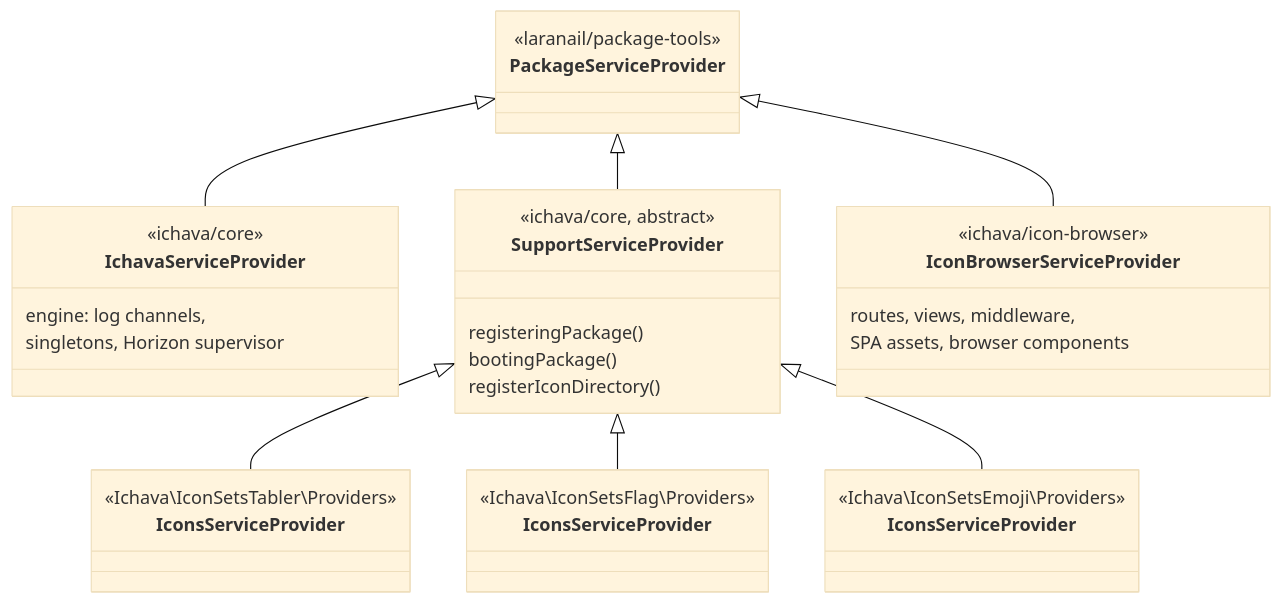
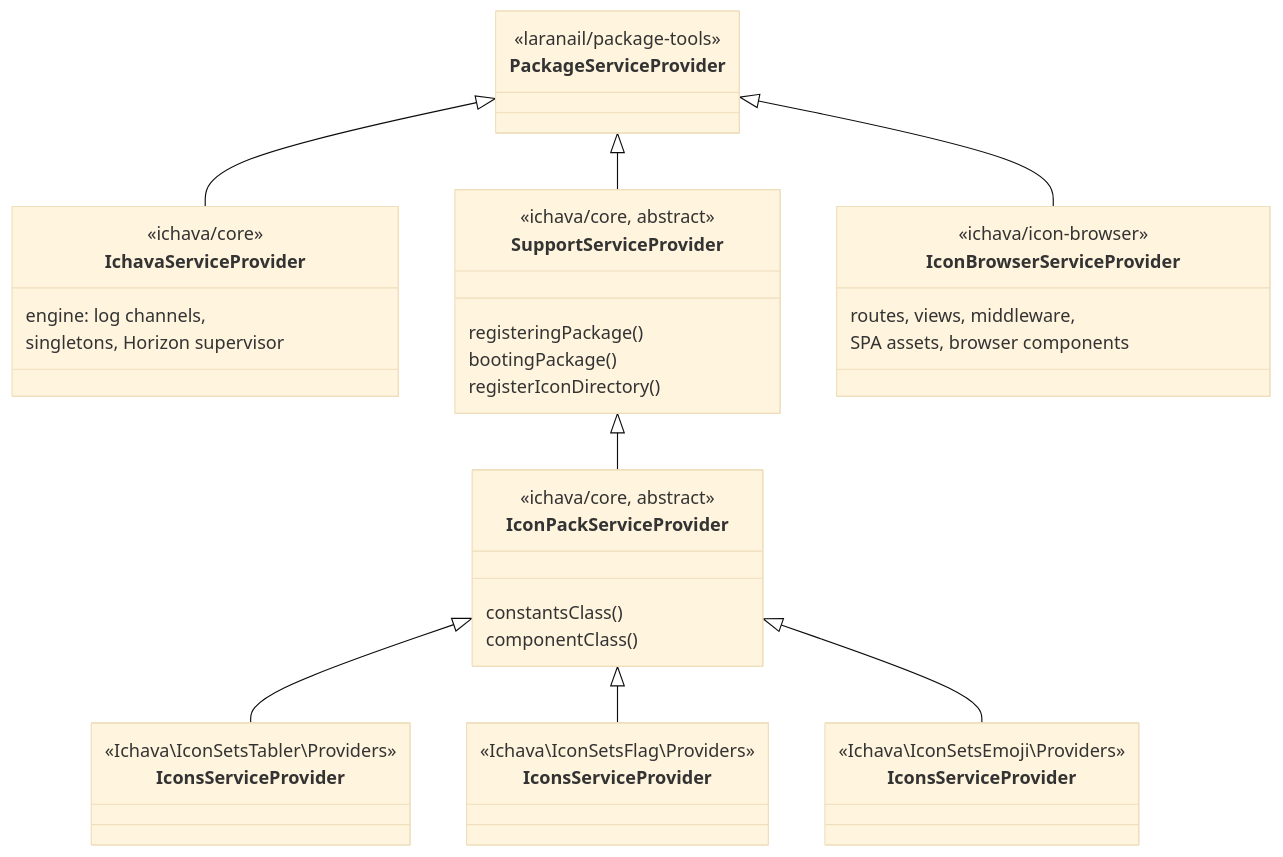
The second of 3 diagrams in docs/architecture.md (ichava/core), drawn with Mermaid (base theme) before and after one commit. The commit also changed other lines of this file and 3 other files, not shown here.

````diff
--- a/docs/architecture.md
+++ b/docs/architecture.md
@@ -76,37 +77,43 @@
 ```mermaid
 classDiagram
     class PackageServiceProvider {
         <<laranail/package-tools>>
     }
     class IchavaServiceProvider {
         <<ichava/core>>
         engine: log channels,
         singletons, Horizon supervisor
     }
     class SupportServiceProvider {
         <<ichava/core, abstract>>
         registeringPackage()
         bootingPackage()
         registerIconDirectory()
+    }
+    class IconPackServiceProvider {
+        <<ichava/core, abstract>>
+        constantsClass()
+        componentClass()
     }
     class IconBrowserServiceProvider {
         <<ichava/icon-browser>>
         routes, views, middleware,
         SPA assets, browser components
     }
     class TablerIcons_IconsServiceProvider["IconsServiceProvider"] {
         <<Ichava\IconSetsTabler\Providers>>
     }
     class FlagIcons_IconsServiceProvider["IconsServiceProvider"] {
         <<Ichava\IconSetsFlag\Providers>>
     }
     class EmojiSets_IconsServiceProvider["IconsServiceProvider"] {
         <<Ichava\IconSetsEmoji\Providers>>
     }
     PackageServiceProvider <|-- IchavaServiceProvider
     PackageServiceProvider <|-- SupportServiceProvider
+    SupportServiceProvider <|-- IconPackServiceProvider
     PackageServiceProvider <|-- IconBrowserServiceProvider
-    SupportServiceProvider <|-- TablerIcons_IconsServiceProvider
-    SupportServiceProvider <|-- FlagIcons_IconsServiceProvider
-    SupportServiceProvider <|-- EmojiSets_IconsServiceProvider
+    IconPackServiceProvider <|-- TablerIcons_IconsServiceProvider
+    IconPackServiceProvider <|-- FlagIcons_IconsServiceProvider
+    IconPackServiceProvider <|-- EmojiSets_IconsServiceProvider
 ```
````
